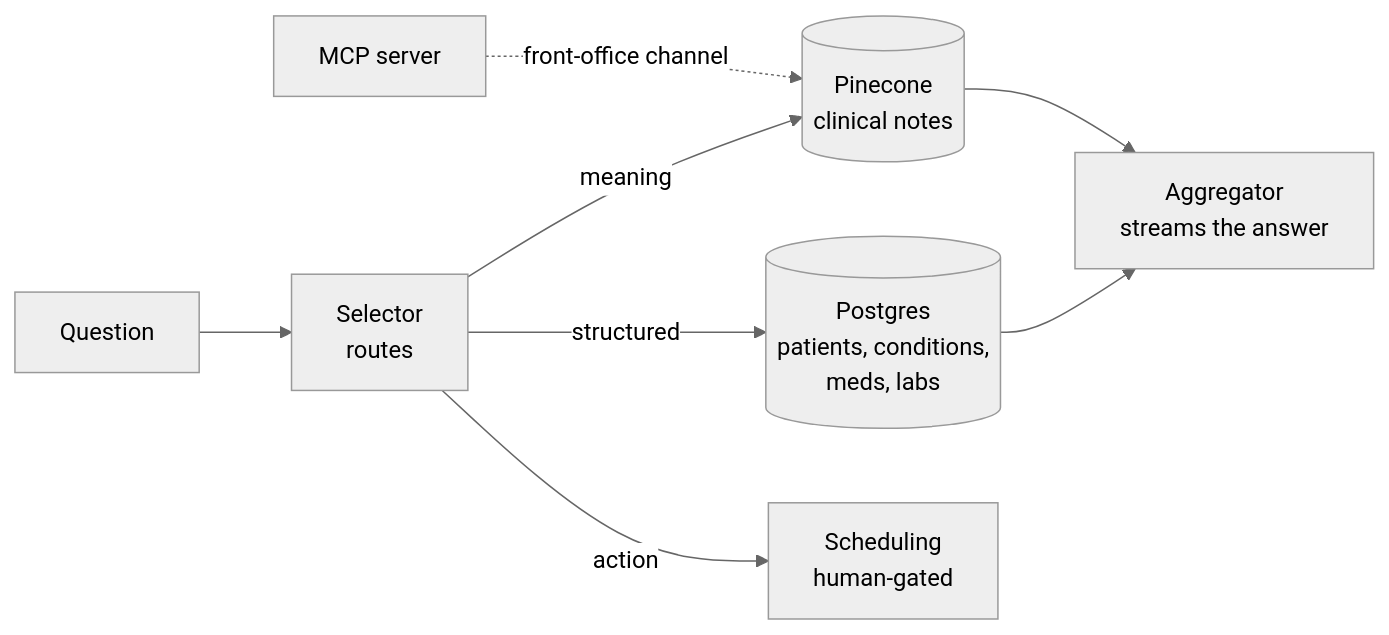
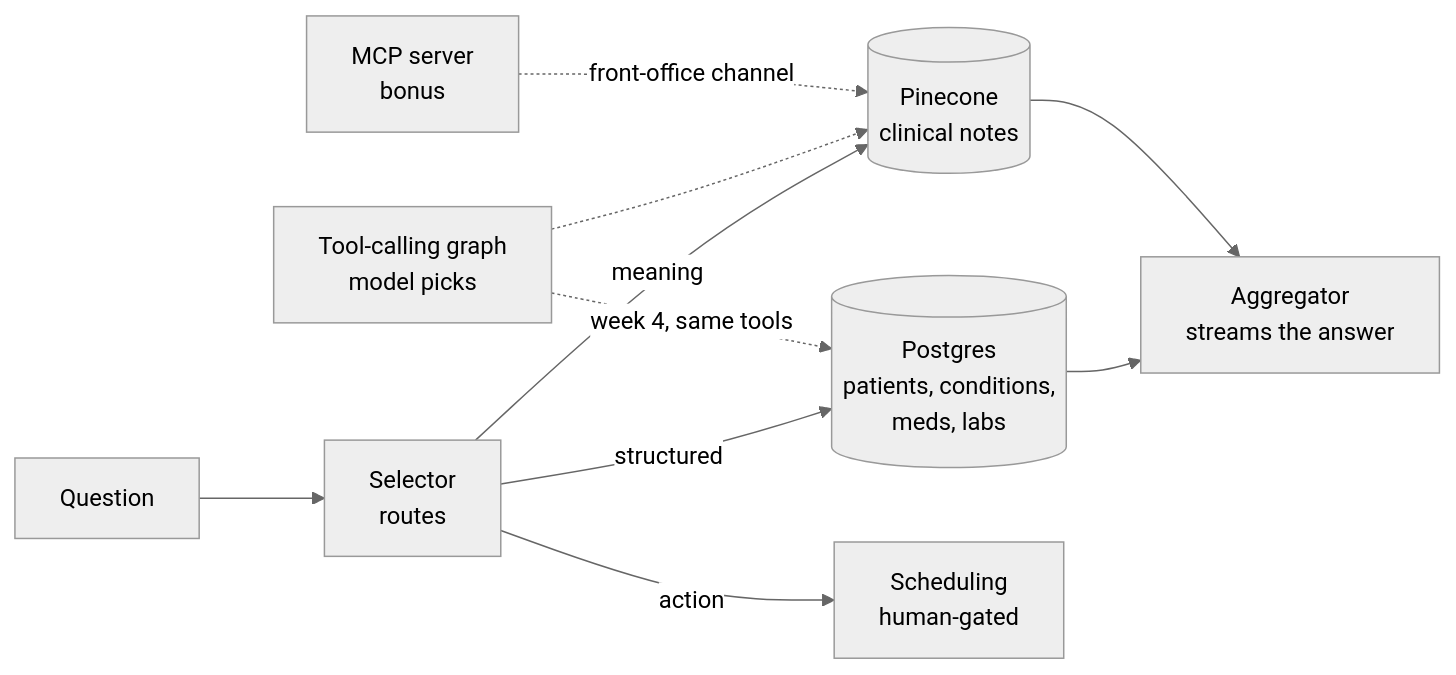
The diagram in curriculum/README.md (projectshft/parsity_medical_rag), drawn with Mermaid (neutral theme) before and after one commit. The commit also changed other lines of this file and 16 other files, not shown here.

````diff
--- a/curriculum/README.md
+++ b/curriculum/README.md
@@ -41,10 +52,12 @@
 ```mermaid
 flowchart LR
     U[Question] --> S[Selector<br/>routes]
     S -->|structured| Q[(Postgres<br/>patients, conditions,<br/>meds, labs)]
     S -->|meaning| V[(Pinecone<br/>clinical notes)]
     S -->|action| H[Scheduling<br/>human-gated]
     Q --> A[Aggregator<br/>streams the answer]
     V --> A
-    M[MCP server] -.front-office channel.-> V
+    G[Tool-calling graph<br/>model picks] -.week 4, same tools.-> Q
+    G -.-> V
+    M[MCP server<br/>bonus] -.front-office channel.-> V
 ```
````
